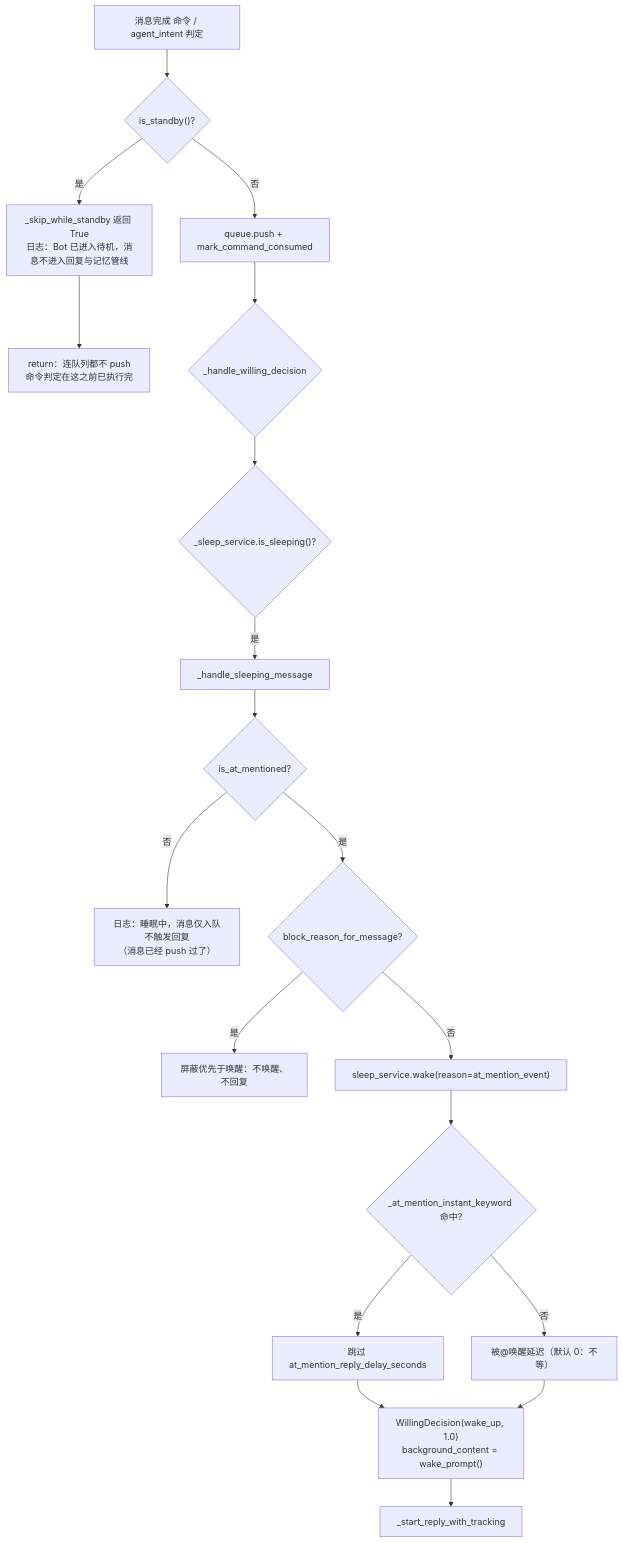
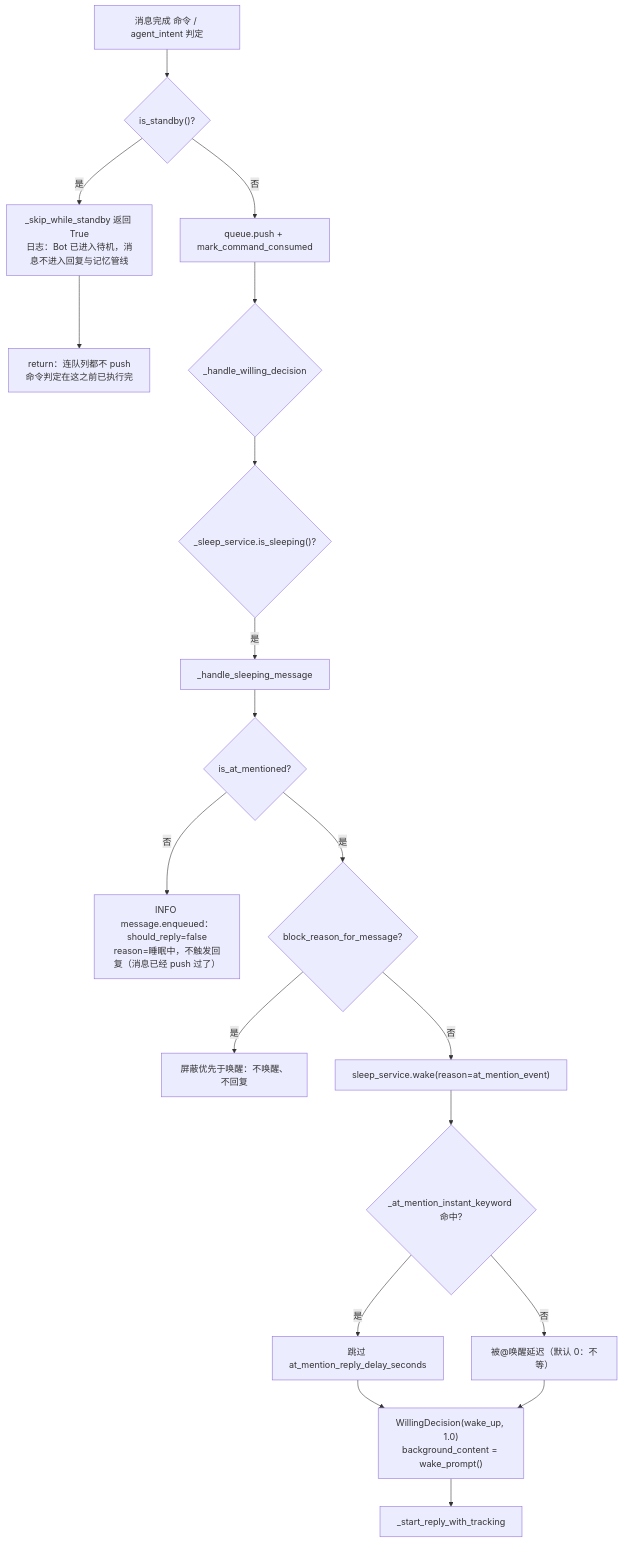
The eighth of 11 diagrams in docs/flow/02c-event-pipeline.md (SuperQuail/NeoBot), drawn with Mermaid before and after one commit. The commit also changed other lines of this file and 378 other files, not shown here.

````diff
--- a/docs/flow/02c-event-pipeline.md
+++ b/docs/flow/02c-event-pipeline.md
@@ -309,21 +309,21 @@
 ```mermaid
 flowchart TD
     A["消息完成 命令 / agent_intent 判定"] --> B{"is_standby()?"}
     B -- 是 --> B1["_skip_while_standby 返回 True<br/>日志：Bot 已进入待机，消息不进入回复与记忆管线"]
     B1 --> B2["return：连队列都不 push<br/>命令判定在这之前已执行完"]
     B -- 否 --> C["queue.push + mark_command_consumed"]
     C --> D{"_handle_willing_decision"}
     D --> E{"_sleep_service.is_sleeping()?"}
     E -- 是 --> F["_handle_sleeping_message"]
     F --> G{"is_at_mentioned?"}
-    G -- 否 --> G1["日志：睡眠中，消息仅入队不触发回复<br/>（消息已经 push 过了）"]
+    G -- 否 --> G1["INFO message.enqueued：should_reply=false<br/>reason=睡眠中，不触发回复（消息已经 push 过了）"]
     G -- 是 --> H{"block_reason_for_message?"}
     H -- 是 --> H1["屏蔽优先于唤醒：不唤醒、不回复"]
     H -- 否 --> I["sleep_service.wake(reason=at_mention_event)"]
     I --> J{"_at_mention_instant_keyword 命中?"}
     J -- 是 --> J1["跳过 at_mention_reply_delay_seconds"]
     J -- 否 --> J2["被@唤醒延迟（默认 0：不等）"]
     J1 --> K["WillingDecision(wake_up, 1.0)<br/>background_content = wake_prompt()"]
     J2 --> K
     K --> L["_start_reply_with_tracking"]
 ```
````
